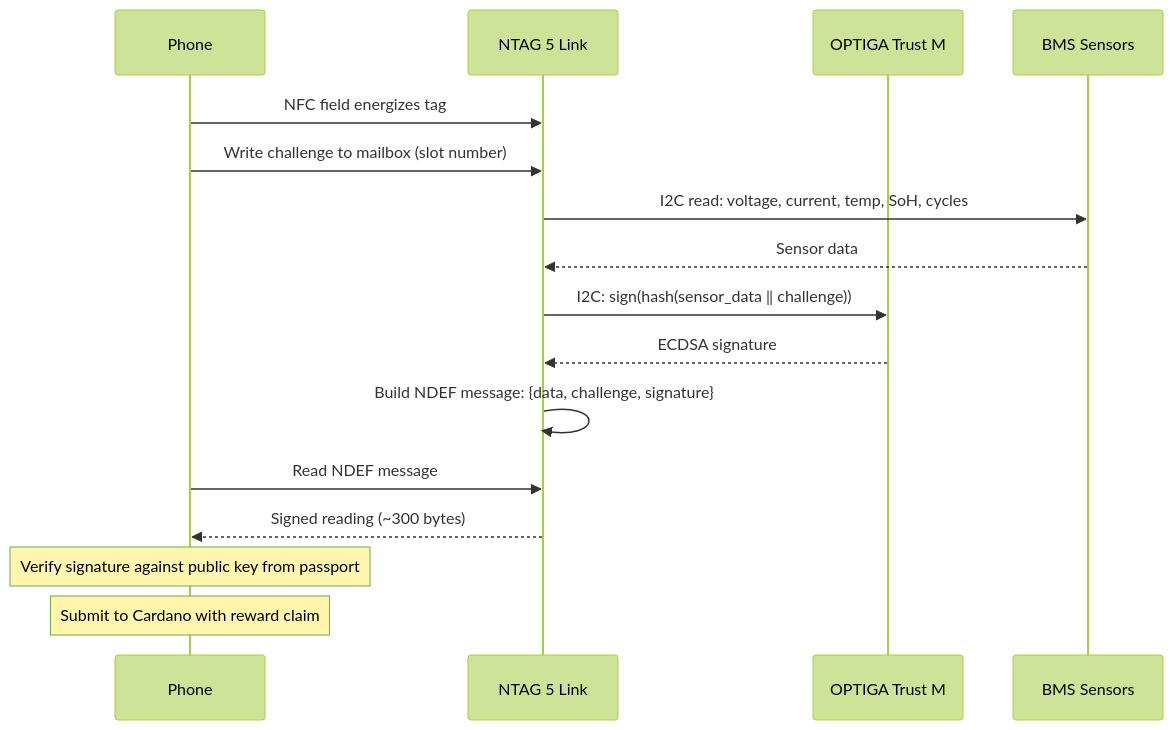
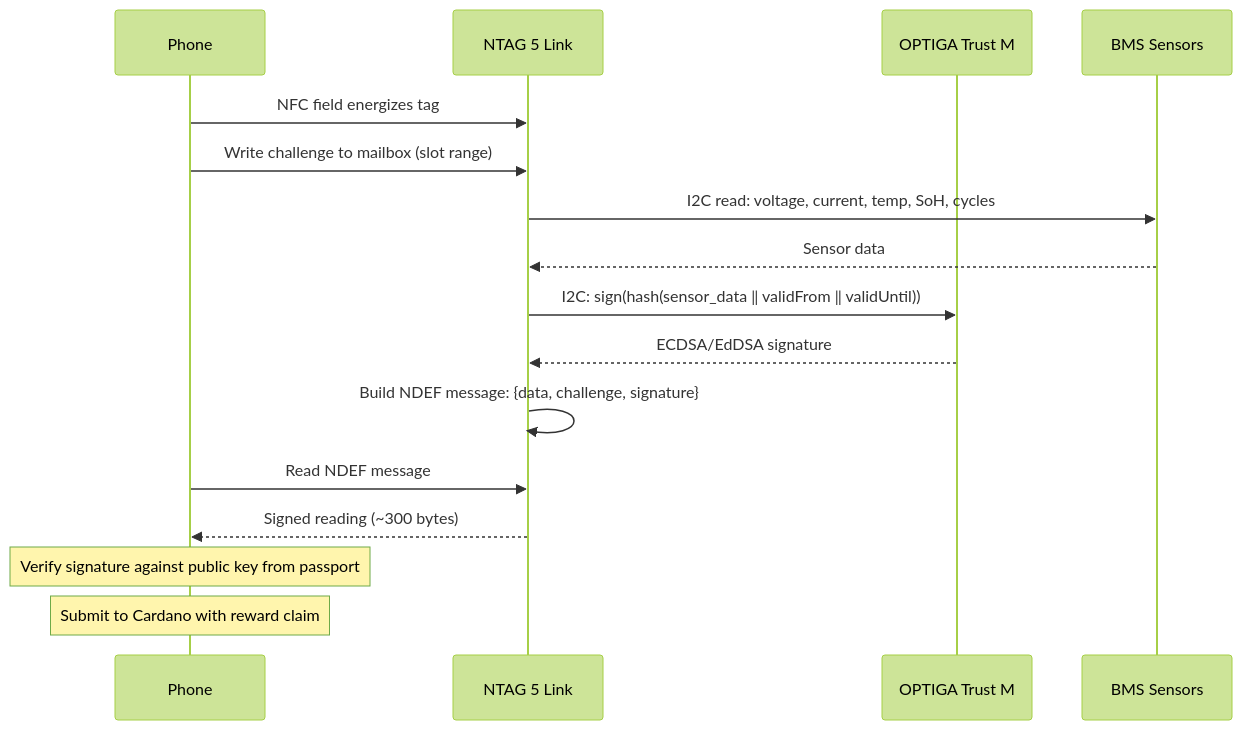
The second of 2 diagrams in docs/sectors/batteries/nfc-hardware.md (lambdasistemi/eu-digital-product-passport), drawn with Mermaid (forest theme) before and after one commit. The commit also changed other lines of this file and 4 other files, not shown here.

````diff
--- a/docs/sectors/batteries/nfc-hardware.md
+++ b/docs/sectors/batteries/nfc-hardware.md
@@ -43,23 +43,23 @@
 ```mermaid
 sequenceDiagram
     participant P as Phone
     participant N as NTAG 5 Link
     participant S as OPTIGA Trust M
     participant B as BMS Sensors
 
     P->>N: NFC field energizes tag
-    P->>N: Write challenge to mailbox (slot number)
+    P->>N: Write challenge to mailbox (slot range)
 
     N->>B: I2C read: voltage, current, temp, SoH, cycles
     B-->>N: Sensor data
 
-    N->>S: I2C: sign(hash(sensor_data ‖ challenge))
-    S-->>N: ECDSA signature
+    N->>S: I2C: sign(hash(sensor_data ‖ validFrom ‖ validUntil))
+    S-->>N: ECDSA/EdDSA signature
 
     N->>N: Build NDEF message: {data, challenge, signature}
     P->>N: Read NDEF message
     N-->>P: Signed reading (~300 bytes)
 
     Note over P: Verify signature against public key from passport
     Note over P: Submit to Cardano with reward claim
 ```
````
